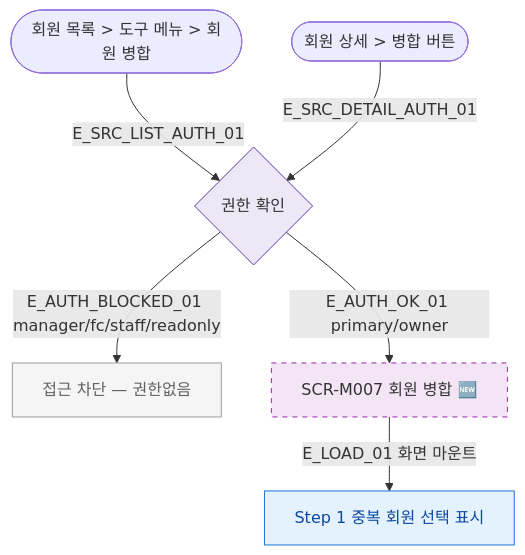
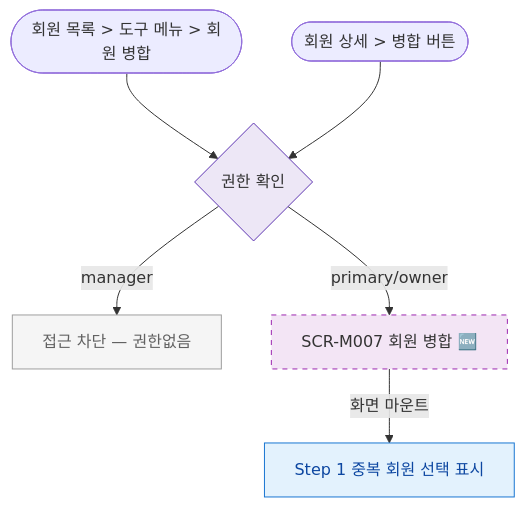
Before and after one commit to dev-spogym/admin-pando: the diagram in docs/다이어그램/D02_회원관리/SCR-M007_회원병합/F1_진입.md, drawn with Mermaid. The commit also changed other lines of this file and 1660 other files, not shown here.

First line of the commit message:
다이어그램: 기획자/클라이언트 납품본으로 정리

````diff
--- a/docs/다이어그램/D02_회원관리/SCR-M007_회원병합/F1_진입.md
+++ b/docs/다이어그램/D02_회원관리/SCR-M007_회원병합/F1_진입.md
@@ -23,26 +21,26 @@
 ```mermaid
 flowchart TD
   SRC_LIST([회원 목록 > 도구 메뉴 > 회원 병합])
   SRC_DETAIL([회원 상세 > 병합 버튼])
 
   AUTH_CHECK{권한 확인}
 
-  SRC_LIST   -->|E_SRC_LIST_AUTH_01| AUTH_CHECK
-  SRC_DETAIL -->|E_SRC_DETAIL_AUTH_01| AUTH_CHECK
+  SRC_LIST --> AUTH_CHECK
+  SRC_DETAIL --> AUTH_CHECK
 
-  AUTH_CHECK -->|E_AUTH_BLOCKED_01 manager/fc/staff/readonly| BLOCKED[접근 차단 — 권한없음]
-  AUTH_CHECK -->|E_AUTH_OK_01 primary/owner| SCR_M007[SCR-M007 회원 병합 🆕]
+  AUTH_CHECK -->|manager|BLOCKED[접근 차단 — 권한없음]
+  AUTH_CHECK -->|primary/owner|SCR_M007[SCR-M007 회원 병합 🆕]
 
-  SCR_M007 -->|E_LOAD_01 화면 마운트| UI_STEP1[Step 1 중복 회원 선택 표시]
+  SCR_M007 -->|화면 마운트|UI_STEP1[Step 1 중복 회원 선택 표시]
 
-  classDef screen     fill:#E3F2FD,stroke:#1976D2,color:#0D47A1
+  classDef screen fill:#E3F2FD,stroke:#1976D2,color:#0D47A1
   classDef newFeature fill:#F3E5F5,stroke:#9C27B0,stroke-dasharray:5 5
-  classDef error      fill:#FFEBEE,stroke:#C62828,color:#B71C1C
-  classDef system     fill:#EDE7F6,stroke:#5E35B2
+  classDef error fill:#FFEBEE,stroke:#C62828,color:#B71C1C
+  classDef system fill:#EDE7F6,stroke:#5E35B2
   classDef rbacBlocked fill:#F5F5F5,stroke:#9E9E9E,color:#616161
 
   class SCR_M007 newFeature
   class UI_STEP1 screen
   class BLOCKED rbacBlocked
   class AUTH_CHECK system
 ```
````
